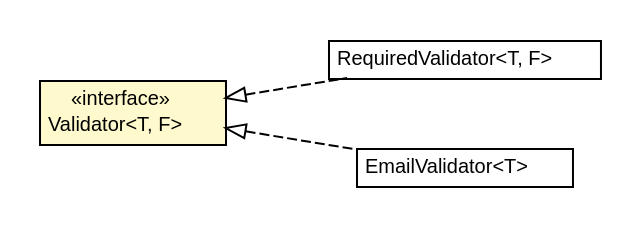
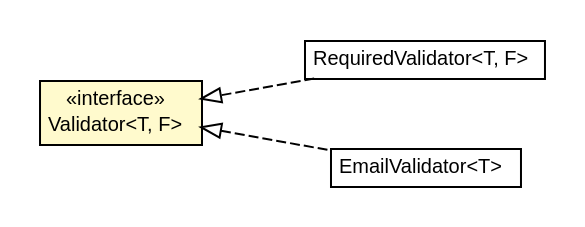
Before and after one commit to growbit/turbogwt-databind: the diagram in javadoc/apidocs/org/turbogwt/mvp/databind/client/validation/Validator.dot, drawn with Graphviz. The commit also changed 171 other files, not shown here.

```diff
--- a/javadoc/apidocs/org/turbogwt/mvp/databind/client/validation/Validator.dot
+++ b/javadoc/apidocs/org/turbogwt/mvp/databind/client/validation/Validator.dot
@@ -1,36 +1,36 @@
 #!/usr/local/bin/dot
 #
 # Class diagram 
 # Generated by UMLGraph version R5_6-24-gf6e263 (http://www.umlgraph.org/)
 #
 
 digraph G {
-	edge [fontname="Helvetica",fontsize=10,labelfontname="Helvetica",labelfontsize=10];
-	node [fontname="Helvetica",fontsize=10,shape=plaintext];
+	edge [fontname="arial",fontsize=10,labelfontname="arial",labelfontsize=10];
+	node [fontname="arial",fontsize=10,shape=plaintext];
 	nodesep=0.25;
 	ranksep=0.5;
 	rankdir=LR;
-	// org.turbogwt.mvp.databind.client.validation.RequiredValidator<T, F>
-	c1099 [label=<<table title="org.turbogwt.mvp.databind.client.validation.RequiredValidator" border="0" cellborder="1" cellspacing="0" cellpadding="2" port="p" href="./RequiredValidator.html">
-		<tr><td><table border="0" cellspacing="0" cellpadding="1">
-<tr><td align="center" balign="center"> RequiredValidator&lt;T, F&gt; </td></tr>
-		</table></td></tr>
-		</table>>, URL="./RequiredValidator.html", fontname="Helvetica", fontcolor="black", fontsize=10.0];
 	// org.turbogwt.mvp.databind.client.validation.Validator<T, F>
-	c1105 [label=<<table title="org.turbogwt.mvp.databind.client.validation.Validator" border="0" cellborder="1" cellspacing="0" cellpadding="2" port="p" bgcolor="lemonChiffon" href="./Validator.html">
+	c1423 [label=<<table title="org.turbogwt.mvp.databind.client.validation.Validator" border="0" cellborder="1" cellspacing="0" cellpadding="2" port="p" bgcolor="lemonChiffon" href="./Validator.html">
 		<tr><td><table border="0" cellspacing="0" cellpadding="1">
 <tr><td align="center" balign="center"> &#171;interface&#187; </td></tr>
 <tr><td align="center" balign="center"> Validator&lt;T, F&gt; </td></tr>
 		</table></td></tr>
-		</table>>, URL="./Validator.html", fontname="Helvetica", fontcolor="black", fontsize=10.0];
+		</table>>, URL="./Validator.html", fontname="arial", fontcolor="black", fontsize=10.0];
+	// org.turbogwt.mvp.databind.client.validation.RequiredValidator<T, F>
+	c1429 [label=<<table title="org.turbogwt.mvp.databind.client.validation.RequiredValidator" border="0" cellborder="1" cellspacing="0" cellpadding="2" port="p" href="./RequiredValidator.html">
+		<tr><td><table border="0" cellspacing="0" cellpadding="1">
+<tr><td align="center" balign="center"> RequiredValidator&lt;T, F&gt; </td></tr>
+		</table></td></tr>
+		</table>>, URL="./RequiredValidator.html", fontname="arial", fontcolor="black", fontsize=10.0];
 	// org.turbogwt.mvp.databind.client.validation.EmailValidator<T>
-	c1106 [label=<<table title="org.turbogwt.mvp.databind.client.validation.EmailValidator" border="0" cellborder="1" cellspacing="0" cellpadding="2" port="p" href="./EmailValidator.html">
+	c1430 [label=<<table title="org.turbogwt.mvp.databind.client.validation.EmailValidator" border="0" cellborder="1" cellspacing="0" cellpadding="2" port="p" href="./EmailValidator.html">
 		<tr><td><table border="0" cellspacing="0" cellpadding="1">
 <tr><td align="center" balign="center"> EmailValidator&lt;T&gt; </td></tr>
 		</table></td></tr>
-		</table>>, URL="./EmailValidator.html", fontname="Helvetica", fontcolor="black", fontsize=10.0];
+		</table>>, URL="./EmailValidator.html", fontname="arial", fontcolor="black", fontsize=10.0];
 	//org.turbogwt.mvp.databind.client.validation.RequiredValidator<T, F> implements org.turbogwt.mvp.databind.client.validation.Validator<T, F>
-	c1105:p -> c1099:p [dir=back,arrowtail=empty,style=dashed];
+	c1423:p -> c1429:p [dir=back,arrowtail=empty,style=dashed];
 	//org.turbogwt.mvp.databind.client.validation.EmailValidator<T> implements org.turbogwt.mvp.databind.client.validation.Validator<T, F>
-	c1105:p -> c1106:p [dir=back,arrowtail=empty,style=dashed];
+	c1423:p -> c1430:p [dir=back,arrowtail=empty,style=dashed];
 }
```
